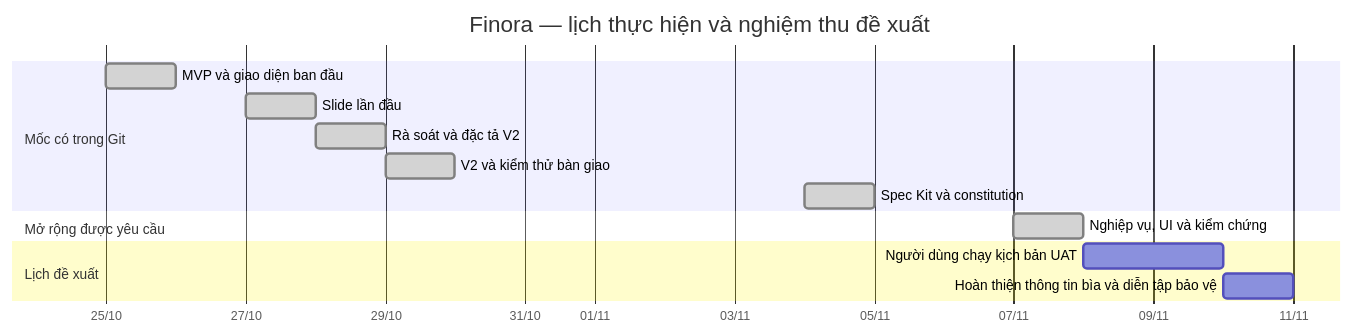
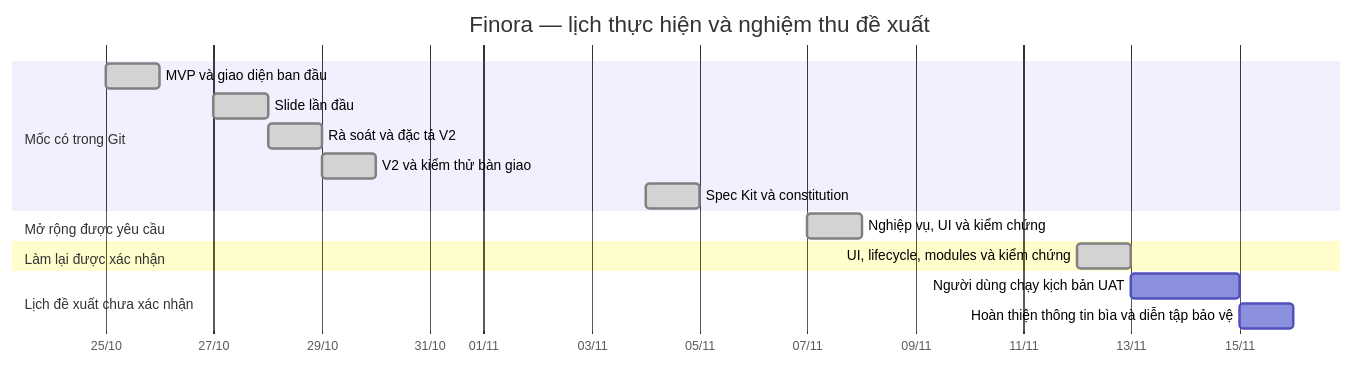
One commit to tunato2807-del/qlduanphammen changed the diagram in docs/PROJECT-MANAGEMENT.md. Above: the diagram before and after it, drawn with Mermaid. The commit also changed other lines of this file and 117 other files, not shown here.

Commit message:
feat: renew Finora experience, planning lifecycle and application modules

````diff
--- a/docs/PROJECT-MANAGEMENT.md
+++ b/docs/PROJECT-MANAGEMENT.md
@@ -29,17 +29,19 @@
 ```mermaid
 gantt
   title Finora — lịch thực hiện và nghiệm thu đề xuất
   dateFormat YYYY-MM-DD
   axisFormat %d/%m
   section Mốc có trong Git
   MVP và giao diện ban đầu :done, mvp, 2026-10-25, 1d
   Slide lần đầu :done, deck, 2026-10-27, 1d
   Rà soát và đặc tả V2 :done, analysis, 2026-10-28, 1d
   V2 và kiểm thử bàn giao :done, v2, 2026-10-29, 1d
   Spec Kit và constitution :done, spec, 2026-11-04, 1d
   section Mở rộng được yêu cầu
   Nghiệp vụ, UI và kiểm chứng :done, ext, 2026-11-07, 1d
-  section Lịch đề xuất
-  Người dùng chạy kịch bản UAT :uat, 2026-11-08, 2d
+  section Làm lại được xác nhận
+  UI, lifecycle, modules và kiểm chứng :done, renewal, 2026-11-12, 1d
+  section Lịch đề xuất chưa xác nhận
+  Người dùng chạy kịch bản UAT :uat, 2026-11-13, 2d
   Hoàn thiện thông tin bìa và diễn tập bảo vệ :review, after uat, 1d
 ```
````
